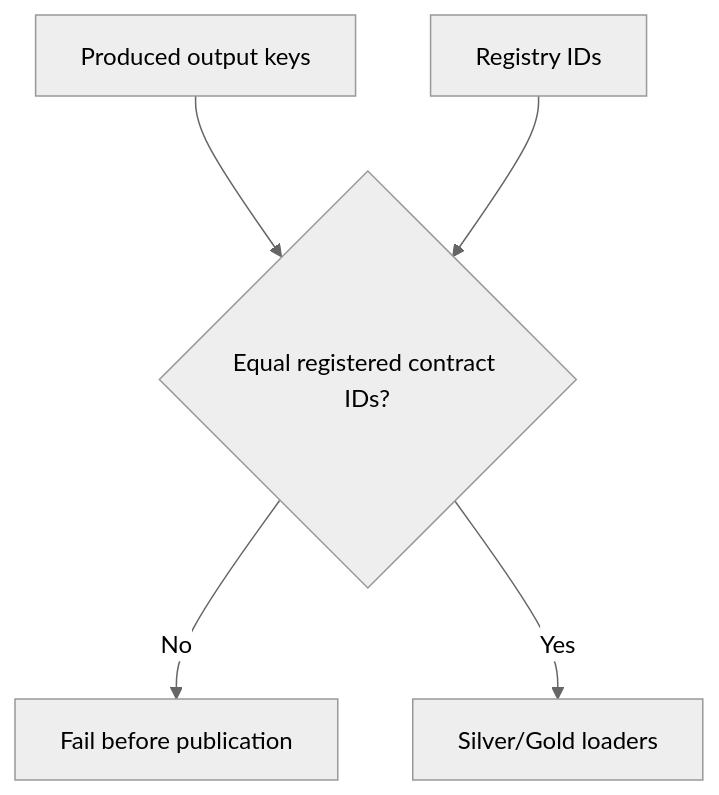
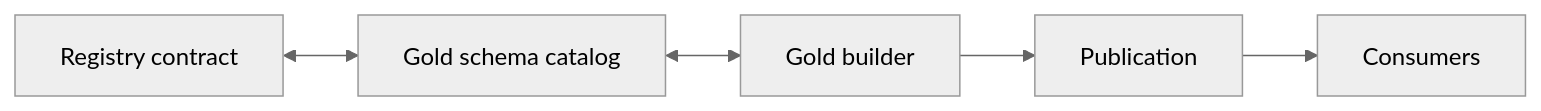
One commit to tks18/personal-finance-etl changed the fourth of 5 diagrams in docs/developer/adding-gold-marts.md. Above: the diagram before and after it, drawn with Mermaid (neutral theme). The commit also changed other lines of this file and 8 other files, not shown here.

````diff
--- a/docs/developer/adding-gold-marts.md
+++ b/docs/developer/adding-gold-marts.md
@@ -88,7 +300,12 @@
 ```mermaid
-flowchart TD
-    P[Produced output keys] --> EQ{Equal registered contract IDs?}
-    R[Registry IDs] --> EQ
-    EQ -->|No| FAIL[Fail before publication]
-    EQ -->|Yes| LOAD[Silver/Gold loaders]
+flowchart LR
+    REG[Registry contract]
+    SCH[Gold schema catalog]
+    PROD[Gold builder]
+    PUB[Publication]
+    CONS[Consumers]
+
+    REG <--> SCH
+    SCH <--> PROD
+    PROD --> PUB --> CONS
 ```
````
